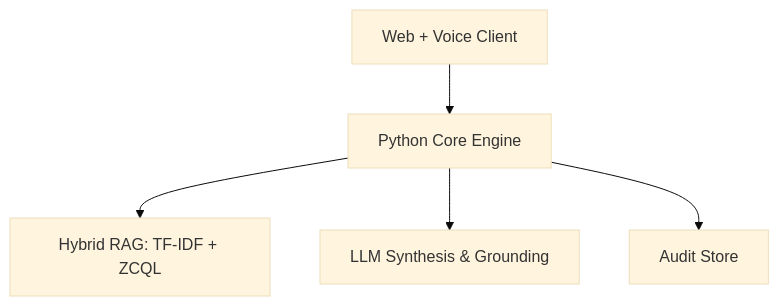
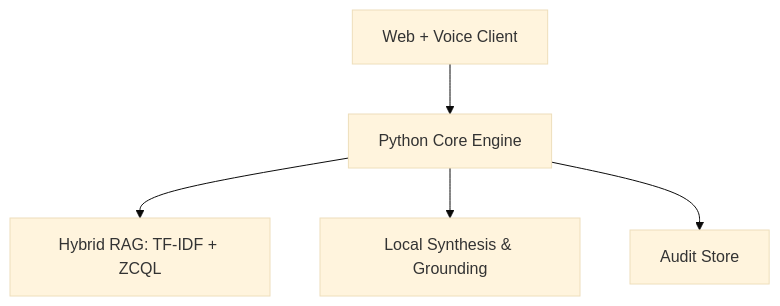
One commit to Monolithic-Dev/Setu changed the second of 2 diagrams in docs/PitchDeck.md. Above: the diagram before and after it, drawn with Mermaid (base theme). The commit also changed other lines of this file and 37 other files, not shown here.

````diff
--- a/docs/PitchDeck.md
+++ b/docs/PitchDeck.md
@@ -63,7 +63,7 @@
 ```mermaid
 flowchart TB
     Client[Web + Voice Client] --> Func[Python Core Engine]
     Func --> HybridRAG[Hybrid RAG: TF-IDF + ZCQL]
-    Func --> Synthesis[LLM Synthesis & Grounding]
+    Func --> Synthesis[Local Synthesis & Grounding]
     Func --> Audit[Audit Store]
 ```
````
